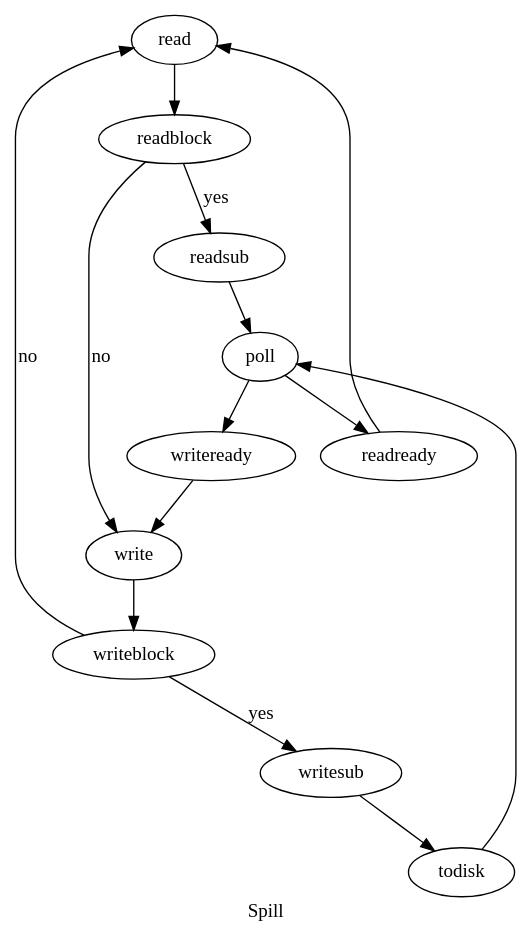
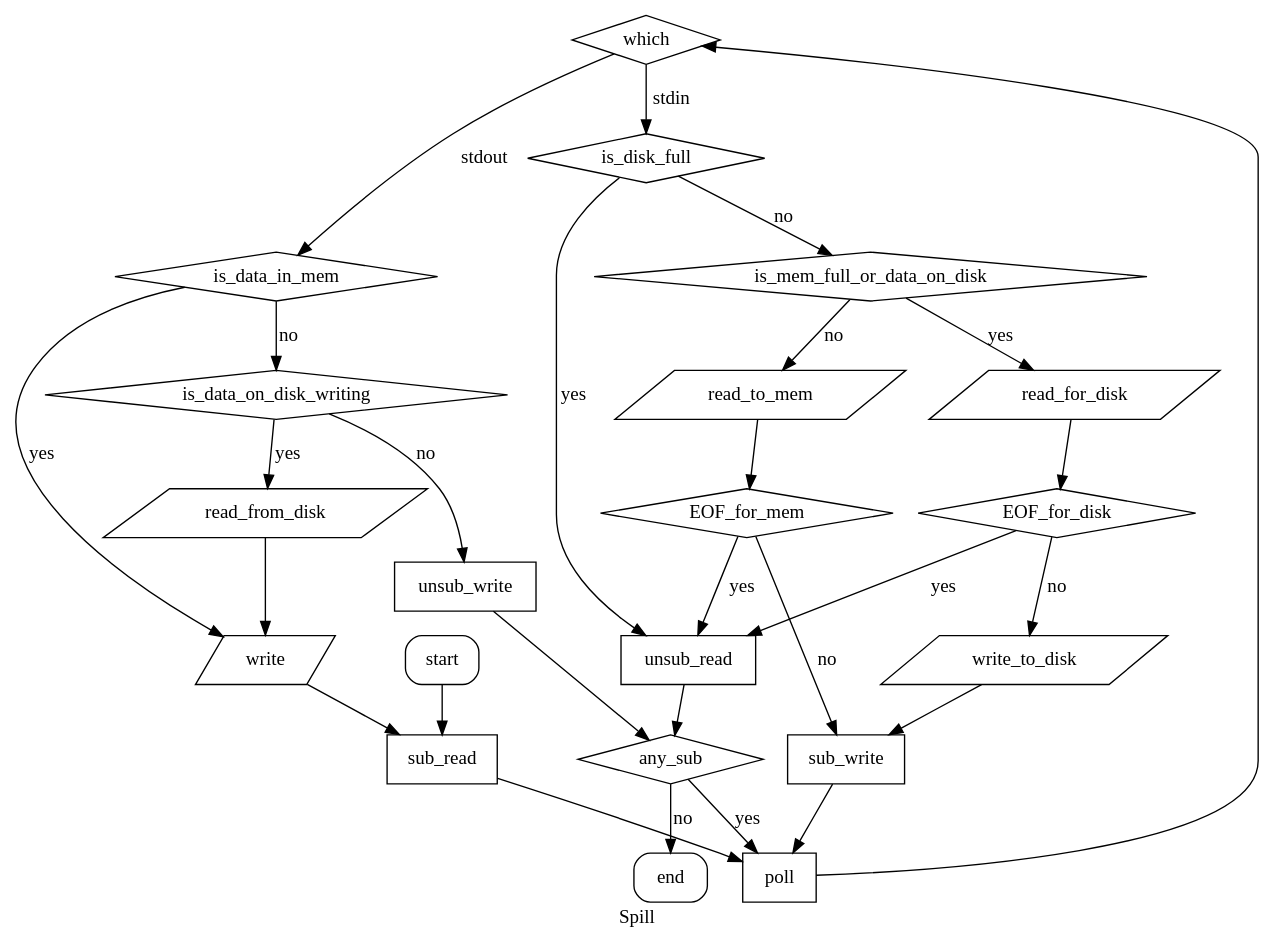
One commit to laindir/spill changed the diagram in flowchart.dot. Above: the diagram before and after it, drawn with Graphviz. The commit also changed 1 other file, not shown here.

Commit message:
Rewrite for better use of poll

```diff
--- a/flowchart.dot
+++ b/flowchart.dot
@@ -1,13 +1,54 @@
-digraph {
+strict digraph {
 	label="Spill"
-	read -> readblock;
-	readblock -> readsub[label="yes"];
-	readsub -> poll;
-	readblock -> write[label="no"];
-	write -> writeblock;
-	writeblock -> writesub[label="yes"];
-	writesub -> todisk -> poll;
-	writeblock -> read[label="no"];
-	poll -> readready -> read;
-	poll -> writeready -> write;
+
+	node [shape="diamond"]
+		which;
+		is_data_in_mem;
+		is_data_on_disk_writing
+		is_disk_full;
+		is_mem_full_or_data_on_disk;
+		EOF_for_disk;
+		EOF_for_mem;
+		any_sub;
+	node [shape="parallelogram"]
+		write;
+		read_from_disk;
+		read_for_disk;
+		write_to_disk;
+		read_to_mem;
+	node [shape="rectangle"]
+		poll;
+		sub_read;
+		unsub_write;
+		unsub_read;
+		sub_write;
+	node [style="rounded"]
+		start;
+		end;
+
+	start -> sub_read;
+	poll -> which;
+	which -> is_data_in_mem[label="stdout"];
+		is_data_in_mem -> write[label="yes"];
+		is_data_in_mem -> is_data_on_disk_writing[label="no"];
+		is_data_on_disk_writing -> read_from_disk[label="yes"];
+			read_from_disk -> write -> sub_read -> poll;
+		is_data_on_disk_writing -> unsub_write[label="no"];
+			unsub_write -> any_sub;
+	which -> is_disk_full[label="stdin"];
+		is_disk_full -> unsub_read[label="yes"];
+			unsub_read -> any_sub;
+		is_disk_full -> is_mem_full_or_data_on_disk[label="no"];
+		is_mem_full_or_data_on_disk -> read_for_disk[label="yes"];
+			read_for_disk -> EOF_for_disk;
+			EOF_for_disk -> write_to_disk[label="no"];
+				write_to_disk -> sub_write -> poll;
+			EOF_for_disk -> unsub_read[label="yes"];
+		is_mem_full_or_data_on_disk -> read_to_mem[label="no"];
+			read_to_mem -> EOF_for_mem;
+			EOF_for_mem -> unsub_read[label="yes"];
+			EOF_for_mem -> sub_write[label="no"];
+			sub_write -> poll;
+	any_sub -> end[label="no"];
+	any_sub -> poll[label="yes"];
 }
```
